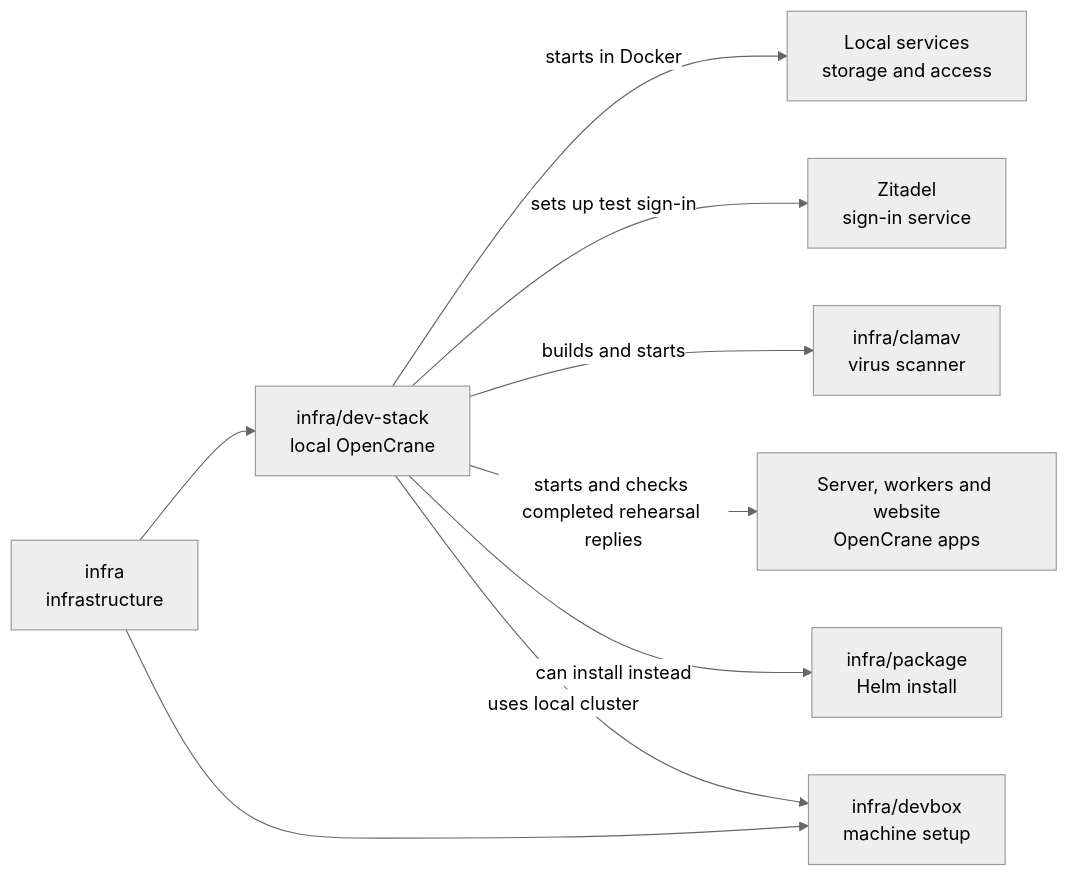
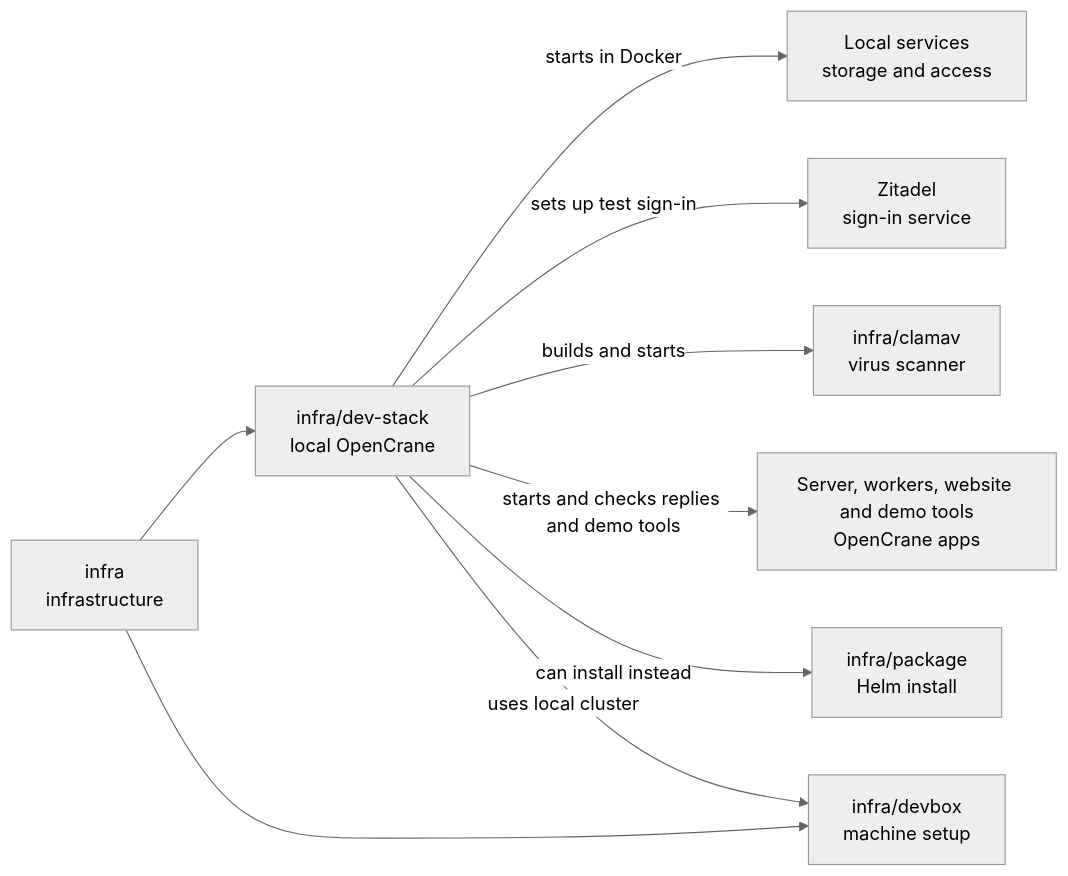
The diagram in infra/dev-stack/README.md (elewa-git/opencrane-new), drawn with Mermaid (neutral theme) before and after one commit. The commit also changed other lines of this file and 12 other files, not shown here.

Commit message:
🧪 Add local demo transport and approval evidence checks

````diff
--- a/infra/dev-stack/README.md
+++ b/infra/dev-stack/README.md
@@ -16,11 +16,11 @@
 ```mermaid
 flowchart LR
   infra["infra<br/>infrastructure"] --> stack["infra/dev-stack<br/>local OpenCrane"]
   infra --> devbox["infra/devbox<br/>machine setup"]
   stack -->|starts in Docker| services["Local services<br/>storage and access"]
   stack -->|sets up test sign-in| zitadel["Zitadel<br/>sign-in service"]
   stack -->|builds and starts| clamav["infra/clamav<br/>virus scanner"]
-  stack -->|starts and checks completed rehearsal replies| apps["Server, workers and website<br/>OpenCrane apps"]
+  stack -->|starts and checks replies and demo tools| apps["Server, workers, website and demo tools<br/>OpenCrane apps"]
   stack -->|can install instead| package["infra/package<br/>Helm install"]
   stack -->|uses local cluster| devbox
 ```
````
